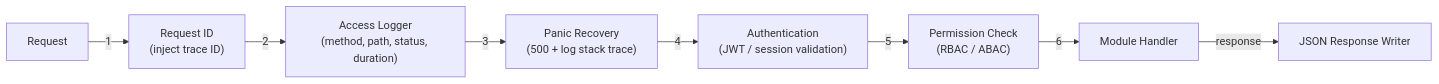
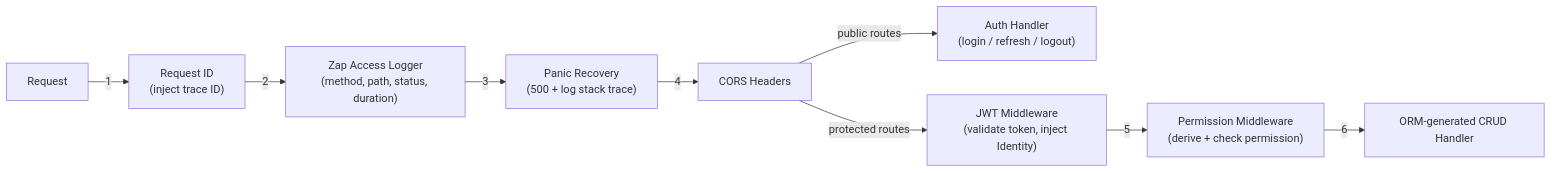
The first of 3 diagrams in docs/core/http-pipeline.md (noiia/EERP-Documentation-Wiki), drawn with Mermaid before and after one commit. The commit also changed other lines of this file and 18 other files, not shown here.

````diff
--- a/docs/core/http-pipeline.md
+++ b/docs/core/http-pipeline.md
@@ -29,10 +24,11 @@
 ```mermaid
 flowchart LR
     Request -->|1| RequestID["Request ID\n(inject trace ID)"]
-    RequestID -->|2| Logger["Access Logger\n(method, path, status, duration)"]
+    RequestID -->|2| Logger["Zap Access Logger\n(method, path, status, duration)"]
     Logger -->|3| Recover["Panic Recovery\n(500 + log stack trace)"]
-    Recover -->|4| Auth["Authentication\n(JWT / session validation)"]
-    Auth -->|5| Permissions["Permission Check\n(RBAC / ABAC)"]
-    Permissions -->|6| Handler["Module Handler"]
-    Handler -->|response| Writer["JSON Response Writer"]
+    Recover -->|4| CORS["CORS Headers"]
+    CORS -->|public routes| AuthHandler["Auth Handler\n(login / refresh / logout)"]
+    CORS -->|protected routes| JWT["JWT Middleware\n(validate token, inject Identity)"]
+    JWT -->|5| Permissions["Permission Middleware\n(derive + check permission)"]
+    Permissions -->|6| Handler["ORM-generated CRUD Handler"]
 ```
````
